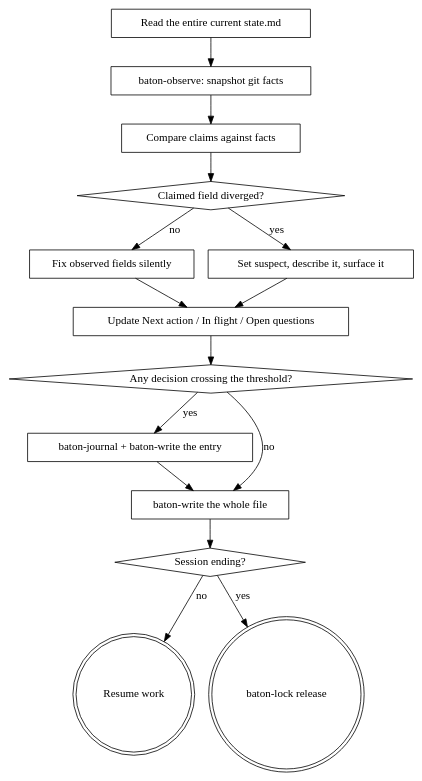
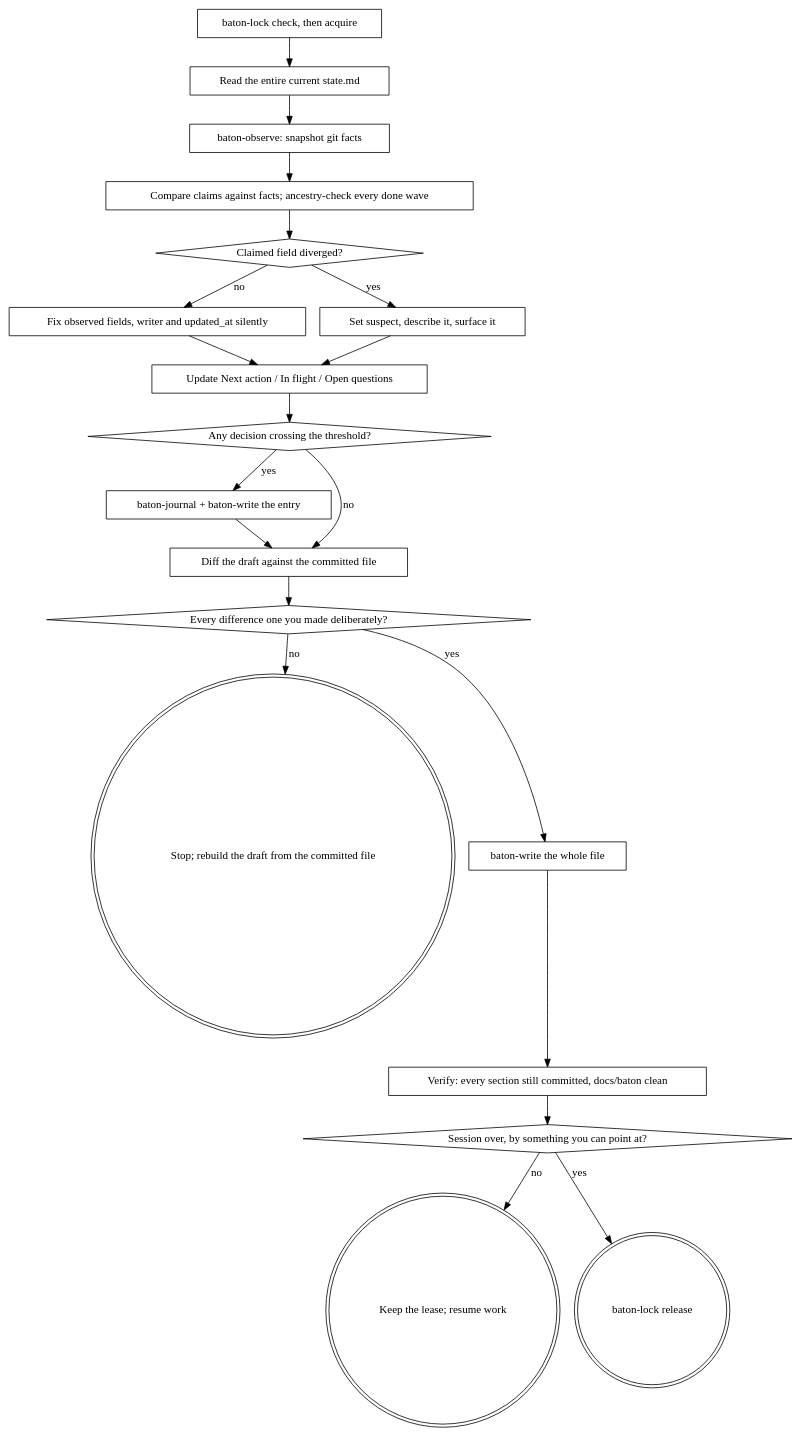
One commit to the-practice-company/bench changed the diagram in plugins/baton/skills/baton-checkpoint/SKILL.md. Above: the diagram before and after it, drawn with Graphviz. The commit also changed other lines of this file and 21 other files, not shown here.

````diff
--- a/plugins/baton/skills/baton-checkpoint/SKILL.md
+++ b/plugins/baton/skills/baton-checkpoint/SKILL.md
@@ -26,32 +55,42 @@
 ```dot
 digraph checkpoint {
+    "baton-lock check, then acquire" [shape=box];
     "Read the entire current state.md" [shape=box];
     "baton-observe: snapshot git facts" [shape=box];
-    "Compare claims against facts" [shape=box];
+    "Compare claims against facts; ancestry-check every done wave" [shape=box];
     "Claimed field diverged?" [shape=diamond];
-    "Fix observed fields silently" [shape=box];
+    "Fix observed fields, writer and updated_at silently" [shape=box];
     "Set suspect, describe it, surface it" [shape=box];
     "Update Next action / In flight / Open questions" [shape=box];
     "Any decision crossing the threshold?" [shape=diamond];
     "baton-journal + baton-write the entry" [shape=box];
+    "Diff the draft against the committed file" [shape=box];
+    "Every difference one you made deliberately?" [shape=diamond];
+    "Stop; rebuild the draft from the committed file" [shape=doublecircle];
     "baton-write the whole file" [shape=box];
-    "Session ending?" [shape=diamond];
-    "Resume work" [shape=doublecircle];
+    "Verify: every section still committed, docs/baton clean" [shape=box];
+    "Session over, by something you can point at?" [shape=diamond];
+    "Keep the lease; resume work" [shape=doublecircle];
     "baton-lock release" [shape=doublecircle];
 
+    "baton-lock check, then acquire" -> "Read the entire current state.md";
     "Read the entire current state.md" -> "baton-observe: snapshot git facts";
-    "baton-observe: snapshot git facts" -> "Compare claims against facts";
-    "Compare claims against facts" -> "Claimed field diverged?";
+    "baton-observe: snapshot git facts" -> "Compare claims against facts; ancestry-check every done wave";
+    "Compare claims against facts; ancestry-check every done wave" -> "Claimed field diverged?";
     "Claimed field diverged?" -> "Set suspect, describe it, surface it" [label="yes"];
-    "Claimed field diverged?" -> "Fix observed fields silently" [label="no"];
+    "Claimed field diverged?" -> "Fix observed fields, writer and updated_at silently" [label="no"];
     "Set suspect, describe it, surface it" -> "Update Next action / In flight / Open questions";
-    "Fix observed fields silently" -> "Update Next action / In flight / Open questions";
+    "Fix observed fields, writer and updated_at silently" -> "Update Next action / In flight / Open questions";
     "Update Next action / In flight / Open questions" -> "Any decision crossing the threshold?";
     "Any decision crossing the threshold?" -> "baton-journal + baton-write the entry" [label="yes"];
-    "Any decision crossing the threshold?" -> "baton-write the whole file" [label="no"];
-    "baton-journal + baton-write the entry" -> "baton-write the whole file";
-    "baton-write the whole file" -> "Session ending?";
-    "Session ending?" -> "baton-lock release" [label="yes"];
-    "Session ending?" -> "Resume work" [label="no"];
+    "Any decision crossing the threshold?" -> "Diff the draft against the committed file" [label="no"];
+    "baton-journal + baton-write the entry" -> "Diff the draft against the committed file";
+    "Diff the draft against the committed file" -> "Every difference one you made deliberately?";
+    "Every difference one you made deliberately?" -> "Stop; rebuild the draft from the committed file" [label="no"];
+    "Every difference one you made deliberately?" -> "baton-write the whole file" [label="yes"];
+    "baton-write the whole file" -> "Verify: every section still committed, docs/baton clean";
+    "Verify: every section still committed, docs/baton clean" -> "Session over, by something you can point at?";
+    "Session over, by something you can point at?" -> "baton-lock release" [label="yes"];
+    "Session over, by something you can point at?" -> "Keep the lease; resume work" [label="no"];
 }
 ```
````
